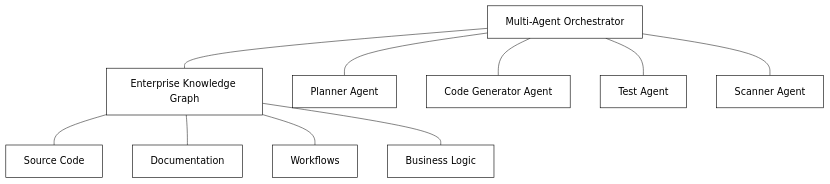
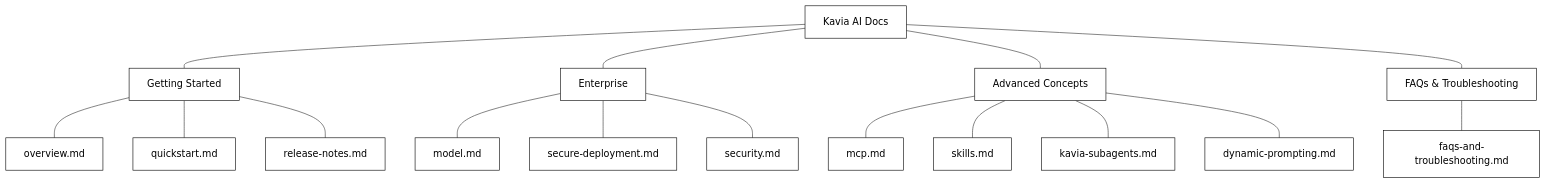
The first of 2 diagrams in readme.md (kavia-subham/kavia-docs), drawn with Mermaid before and after one commit. The commit also changed other lines of this file and 1 other file, not shown here.

Commit message:
Remove doc_structure.md and replace readme.md with documentation structure

````diff
--- a/readme.md
+++ b/readme.md
@@ -33,25 +27,39 @@
 ```mermaid
 graph TD
-    EKG["Enterprise Knowledge Graph"]
-    EKG --- CODE["Source Code"]
-    EKG --- DOCS["Documentation"]
-    EKG --- WORK["Workflows"]
-    EKG --- BIZ["Business Logic"]
+    ROOT["Kavia AI Docs"] --- GS["Getting Started"]
+    ROOT --- ENT["Enterprise"]
+    ROOT --- ADV["Advanced Concepts"]
+    ROOT --- FAQ["FAQs & Troubleshooting"]
 
-    ORCH["Multi-Agent Orchestrator"] --- EKG
-    ORCH --- PLAN["Planner Agent"]
-    ORCH --- GEN["Code Generator Agent"]
-    ORCH --- TEST["Test Agent"]
-    ORCH --- SCAN["Scanner Agent"]
+    GS --- GS1["overview.md"]
+    GS --- GS2["quickstart.md"]
+    GS --- GS3["release-notes.md"]
 
-    style EKG fill:#ffffff,stroke:#000000,color:#000000
-    style CODE fill:#ffffff,stroke:#000000,color:#000000
-    style DOCS fill:#ffffff,stroke:#000000,color:#000000
-    style WORK fill:#ffffff,stroke:#000000,color:#000000
-    style BIZ fill:#ffffff,stroke:#000000,color:#000000
-    style ORCH fill:#ffffff,stroke:#000000,color:#000000
-    style PLAN fill:#ffffff,stroke:#000000,color:#000000
-    style GEN fill:#ffffff,stroke:#000000,color:#000000
-    style TEST fill:#ffffff,stroke:#000000,color:#000000
-    style SCAN fill:#ffffff,stroke:#000000,color:#000000
+    ENT --- ENT1["model.md"]
+    ENT --- ENT2["secure-deployment.md"]
+    ENT --- ENT3["security.md"]
+
+    ADV --- ADV1["mcp.md"]
+    ADV --- ADV2["skills.md"]
+    ADV --- ADV3["kavia-subagents.md"]
+    ADV --- ADV4["dynamic-prompting.md"]
+
+    FAQ --- FAQ1["faqs-and-troubleshooting.md"]
+
+    style ROOT fill:#ffffff,stroke:#000000,color:#000000
+    style GS fill:#ffffff,stroke:#000000,color:#000000
+    style ENT fill:#ffffff,stroke:#000000,color:#000000
+    style ADV fill:#ffffff,stroke:#000000,color:#000000
+    style FAQ fill:#ffffff,stroke:#000000,color:#000000
+    style GS1 fill:#ffffff,stroke:#000000,color:#000000
+    style GS2 fill:#ffffff,stroke:#000000,color:#000000
+    style GS3 fill:#ffffff,stroke:#000000,color:#000000
+    style ENT1 fill:#ffffff,stroke:#000000,color:#000000
+    style ENT2 fill:#ffffff,stroke:#000000,color:#000000
+    style ENT3 fill:#ffffff,stroke:#000000,color:#000000
+    style ADV1 fill:#ffffff,stroke:#000000,color:#000000
+    style ADV2 fill:#ffffff,stroke:#000000,color:#000000
+    style ADV3 fill:#ffffff,stroke:#000000,color:#000000
+    style ADV4 fill:#ffffff,stroke:#000000,color:#000000
+    style FAQ1 fill:#ffffff,stroke:#000000,color:#000000
 ```
````
